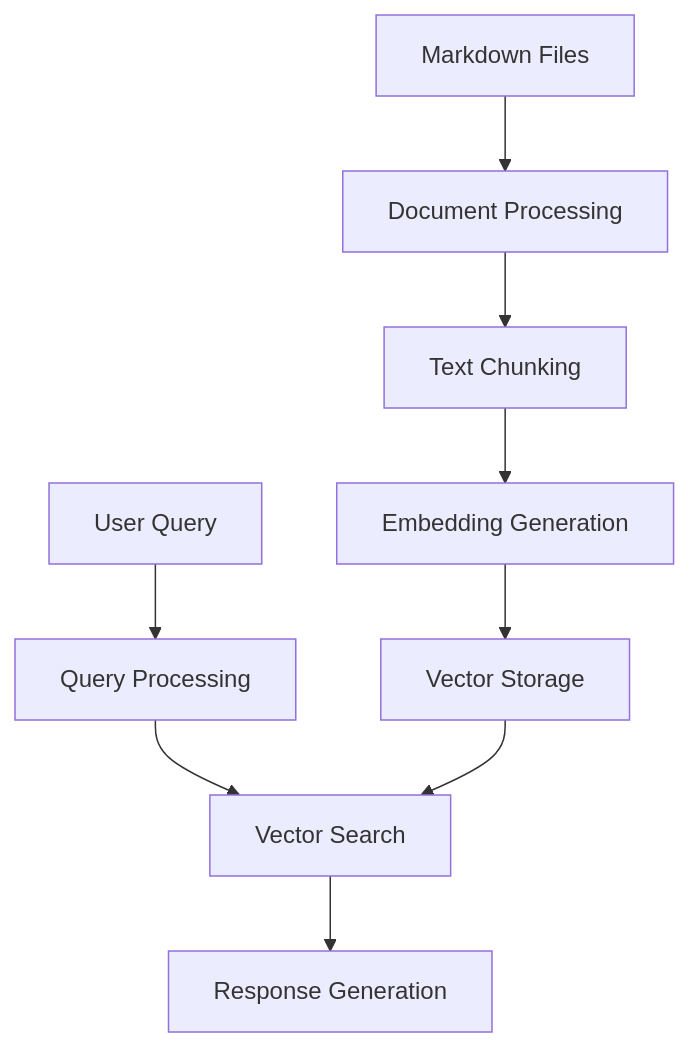
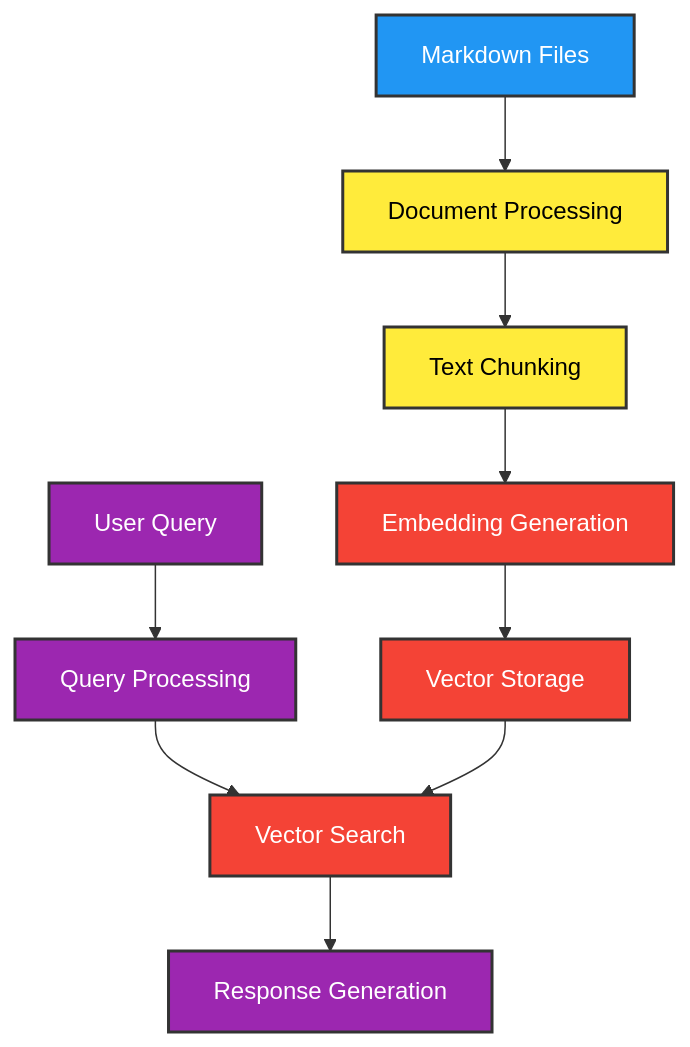
The diagram in TECHNICAL.md (funkatron/veruca), drawn with Mermaid before and after one commit. The commit also changed other lines of this file, not shown here.

Commit message:
docs: update technical documentation with new architecture and improved visualization

````diff
--- a/TECHNICAL.md
+++ b/TECHNICAL.md
@@ -17,11 +24,21 @@
 ```mermaid
 graph TD
     A[Markdown Files] --> B[Document Processing]
     B --> C[Text Chunking]
     C --> D[Embedding Generation]
     D --> E[Vector Storage]
     F[User Query] --> G[Query Processing]
     G --> H[Vector Search]
     H --> I[Response Generation]
     E --> H
+
+    style A fill:#2196f3,stroke:#333,stroke-width:2px,color:#fff
+    style B fill:#ffeb3b,stroke:#333,stroke-width:2px,color:#000
+    style C fill:#ffeb3b,stroke:#333,stroke-width:2px,color:#000
+    style D fill:#f44336,stroke:#333,stroke-width:2px,color:#fff
+    style E fill:#f44336,stroke:#333,stroke-width:2px,color:#fff
+    style F fill:#9c27b0,stroke:#333,stroke-width:2px,color:#fff
+    style G fill:#9c27b0,stroke:#333,stroke-width:2px,color:#fff
+    style H fill:#f44336,stroke:#333,stroke-width:2px,color:#fff
+    style I fill:#9c27b0,stroke:#333,stroke-width:2px,color:#fff
 ```
````
